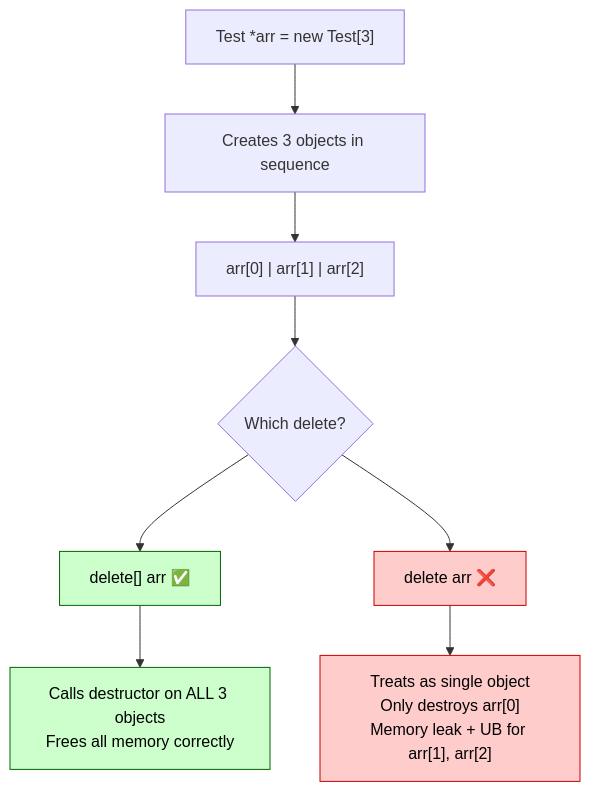
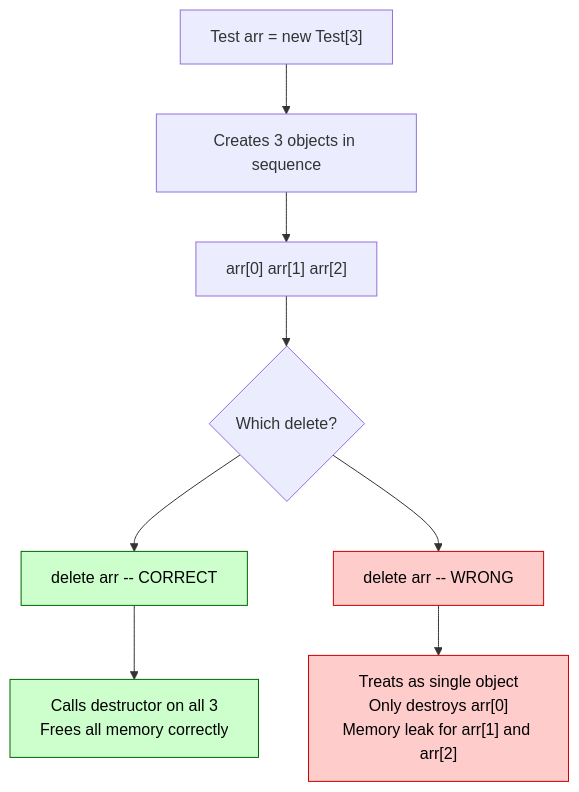
One commit to sakshamsontakke/Mastering-CPP changed the sixth of 22 diagrams in 02-Object-Oriented-Programming/40_masteringPointersAndDynamicMemory.md. Above: the diagram before and after it, drawn with Mermaid. The commit also changed other lines of this file, not shown here.

````diff
--- a/02-Object-Oriented-Programming/40_masteringPointersAndDynamicMemory.md
+++ b/02-Object-Oriented-Programming/40_masteringPointersAndDynamicMemory.md
@@ -235,23 +234,20 @@
 ```mermaid
 flowchart TD
-    A["Test *arr = new Test[3]"]
+    A["Test arr = new Test[3]"]
     B["Creates 3 objects in sequence"]
-    C["arr[0] | arr[1] | arr[2]"]
-
+    C["arr[0]  arr[1]  arr[2]"]
     D{"Which delete?"}
-
-    E["delete[] arr ✅"]
-    F["delete arr ❌"]
-
-    G["Calls destructor on ALL 3 objects\nFrees all memory correctly"]
-    H["Treats as single object\nOnly destroys arr[0]\nMemory leak + UB for arr[1], arr[2]"]
+    E["delete arr  -- CORRECT"]
+    F["delete arr  -- WRONG"]
+    G["Calls destructor on all 3\nFrees all memory correctly"]
+    H["Treats as single object\nOnly destroys arr[0]\nMemory leak for arr[1] and arr[2]"]
 
     A --> B --> C --> D
     D --> E --> G
     D --> F --> H
 
     style E fill:#ccffcc,stroke:#006600,color:#000
     style F fill:#ffcccc,stroke:#cc0000,color:#000
     style G fill:#ccffcc,stroke:#006600,color:#000
     style H fill:#ffcccc,stroke:#cc0000,color:#000
 ```
````
